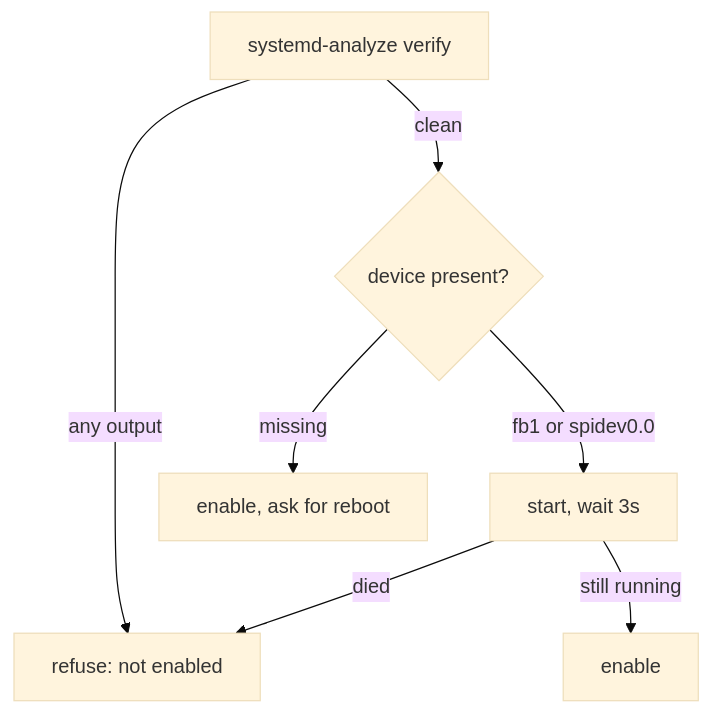
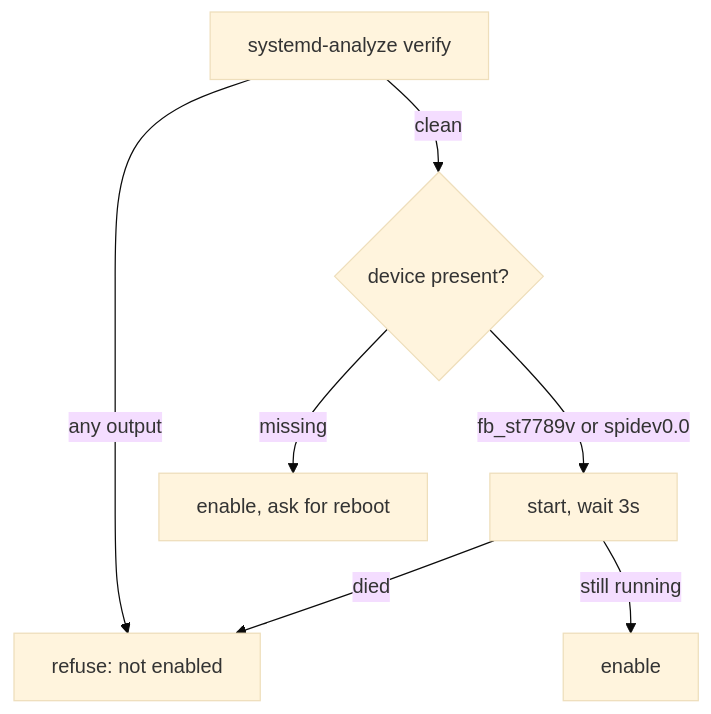
One commit to foonerd/rpi-waveshare28 changed the fifth of 5 diagrams in docs/CONFIG.md. Above: the diagram before and after it, drawn with Mermaid (base theme). The commit also changed other lines of this file and 12 other files, not shown here.

````diff
--- a/docs/CONFIG.md
+++ b/docs/CONFIG.md
@@ -294,9 +339,9 @@
 ```mermaid
 flowchart TD
   V["systemd-analyze verify"] -->|any output| X["refuse: not enabled"]
   V -->|clean| D{"device present?"}
-  D -->|fb1 or spidev0.0| S["start, wait 3s"]
+  D -->|fb_st7789v or spidev0.0| S["start, wait 3s"]
   S -->|still running| E[enable]
   S -->|died| X
   D -->|missing| R["enable, ask for reboot"]
 ```
````
